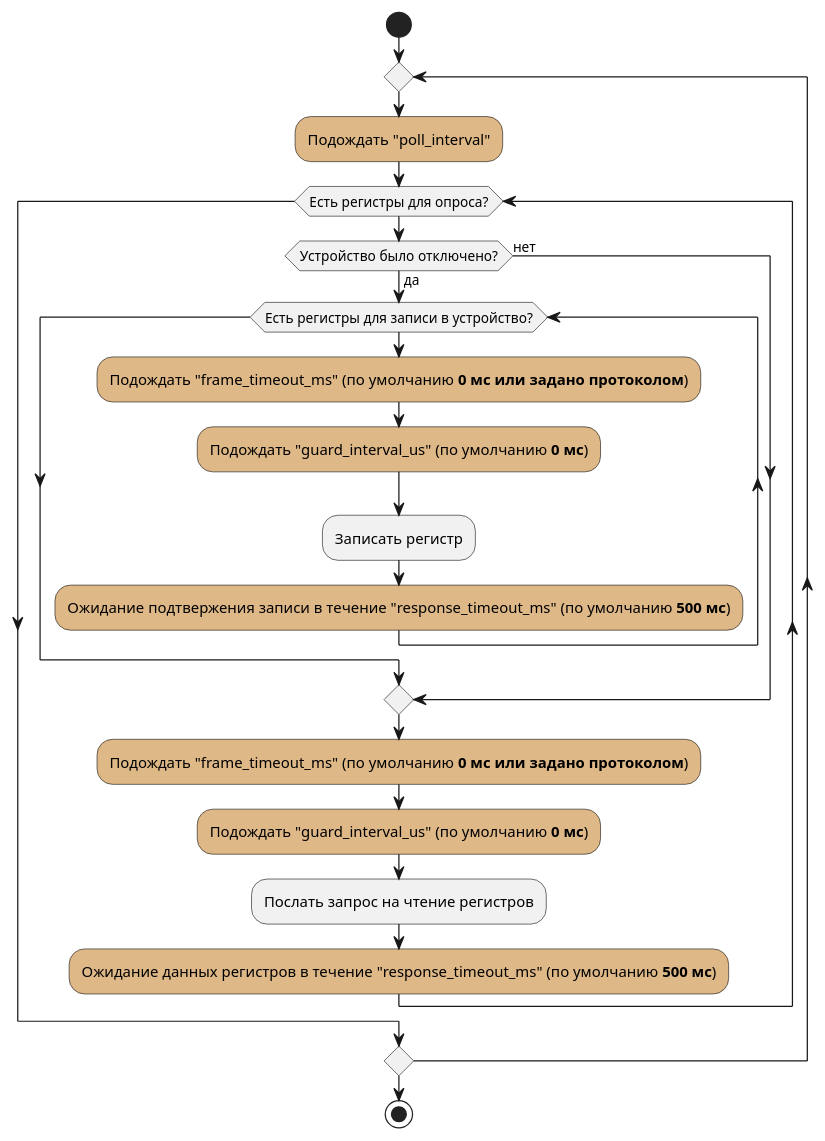
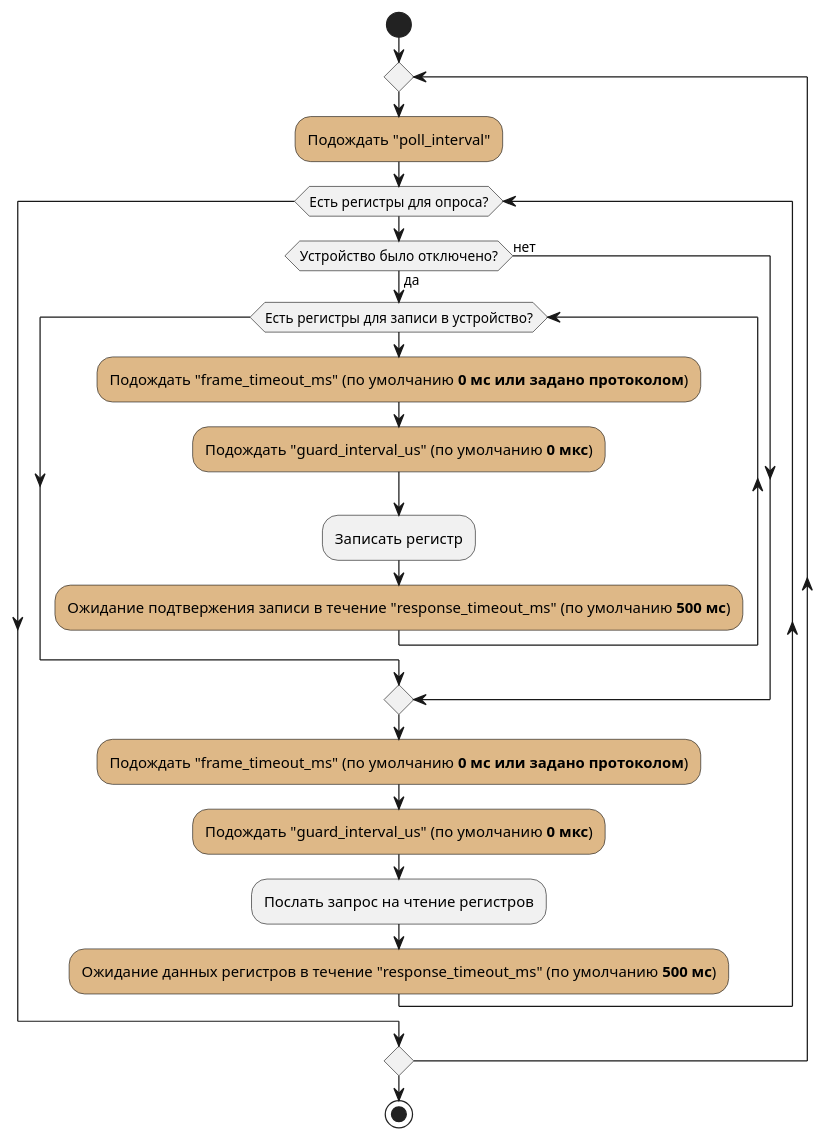
The diagram in doc/timeouts.puml (wirenboard/wb-mqtt-serial), drawn with PlantUML before and after one commit. The commit also changed 167 other files, not shown here.

First line of the commit message:
UI schema generation and subdevices support in device templates

```diff
--- a/doc/timeouts.puml
+++ b/doc/timeouts.puml
@@ -1,26 +1,26 @@
 @startuml Timeouts
 
 start
 
 repeat
     #BurlyWood :Подождать "poll_interval";
     while (Есть регистры для опроса?)
         if (Устройство было отключено?) then (да)
             while (Есть регистры для записи в устройство?)
                 #BurlyWood :Подождать "frame_timeout_ms" (по умолчанию **0 мс или задано протоколом**);
-                #BurlyWood :Подождать "guard_interval_us" (по умолчанию **0 мс**);
+                #BurlyWood :Подождать "guard_interval_us" (по умолчанию **0 мкс**);
                 :Записать регистр;
                 #BurlyWood :Ожидание подтвержения записи в течение "response_timeout_ms" (по умолчанию **500 мс**);
             endwhile
         else (нет)
         endif
         #BurlyWood :Подождать "frame_timeout_ms" (по умолчанию **0 мс или задано протоколом**);
-        #BurlyWood :Подождать "guard_interval_us" (по умолчанию **0 мс**);
+        #BurlyWood :Подождать "guard_interval_us" (по умолчанию **0 мкс**);
         :Послать запрос на чтение регистров;
         #BurlyWood :Ожидание данных регистров в течение "response_timeout_ms" (по умолчанию **500 мс**);
     endwhile
 repeat while ()
 
 stop
 
 @enduml
```
